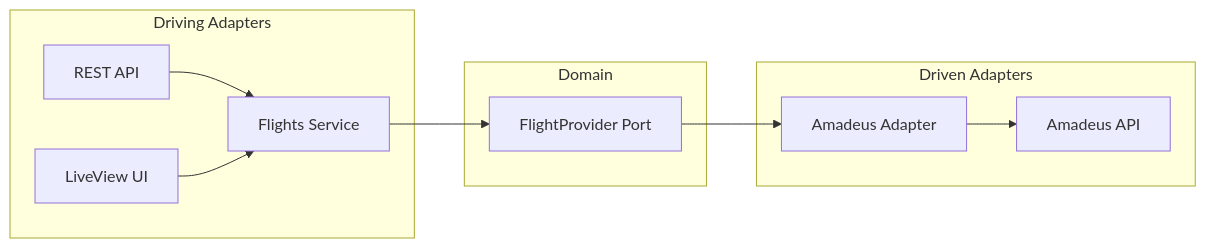
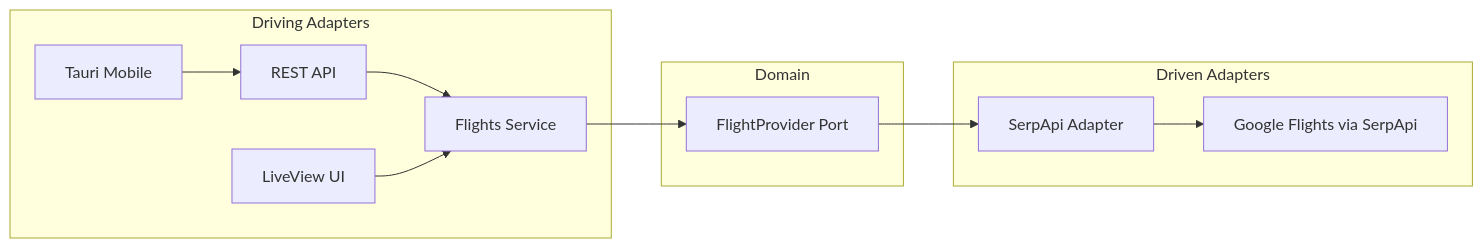
Before and after one commit to ivanhoe/18-airflights-ai: the diagram in ARCHITECTURE.md, drawn with Mermaid. The commit also changed other lines of this file and 5 other files, not shown here.

````diff
--- a/ARCHITECTURE.md
+++ b/ARCHITECTURE.md
@@ -41,16 +42,17 @@
 ```mermaid
 graph LR
     subgraph "Driving Adapters"
         A[REST API] --> B
         C[LiveView UI] --> B
+        D[Tauri Mobile] --> A
     end
     
     subgraph "Domain"
-        B[Flights Service] --> D
+        B[Flights Service] --> E
     end
     
     subgraph "Driven Adapters"
-        D[FlightProvider Port] --> E[Amadeus Adapter]
-        E --> F[Amadeus API]
+        E[FlightProvider Port] --> F[SerpApi Adapter]
+        F --> G[Google Flights via SerpApi]
     end
 ```
````
